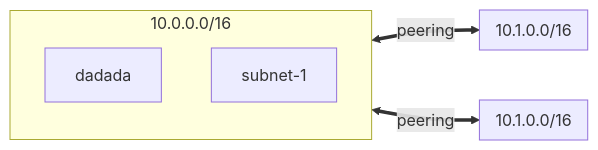
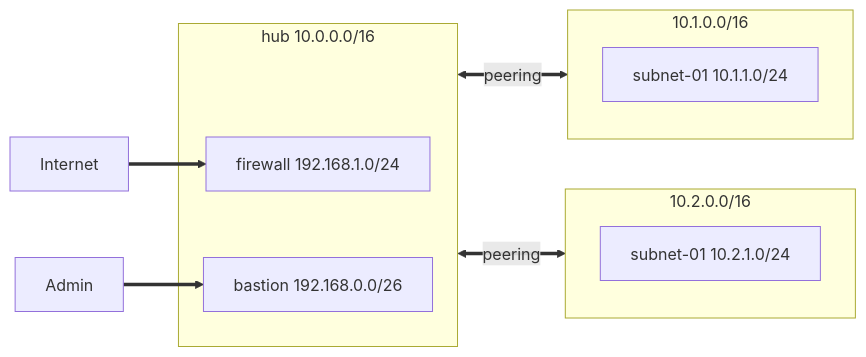
One commit to sebarb/terraform-azurerm-hub-and-spoke-firewall changed the diagram in README.md. Above: the diagram before and after it, drawn with Mermaid. The commit also changed 2 other files, not shown here.

Commit message:
Update README, add tvars.example and init .github/workflows

````diff
--- a/README.md
+++ b/README.md
@@ -11,17 +11,21 @@
 ```mermaid
 graph LR
-subgraph hub ["10.0.0.0/16"]
-firewall["dadada"]
-subnet["bastion"]
+subgraph hub ["hub 10.0.0.0/16"]
+firewall["firewall 192.168.1.0/24"]
+bastion["bastion 192.168.0.0/26"]
 end
 
 subgraph spoke1 ["10.1.0.0/16"]
-subnet["subne-1"]
+subnet-01["subnet-01 10.1.1.0/24"]
 end
 
-subgraph spoke2 ["10.1.0.0/16"]
-subnet["subnet-1"]
+subgraph spoke2 ["10.2.0.0/16"]
+subnet-02["subnet-01 10.2.1.0/24"]
+
 end
+
 hub <== peering ==>spoke1
 hub <== peering ==>spoke2
+Admin ==>bastion
+Internet==>firewall
 ```
````
